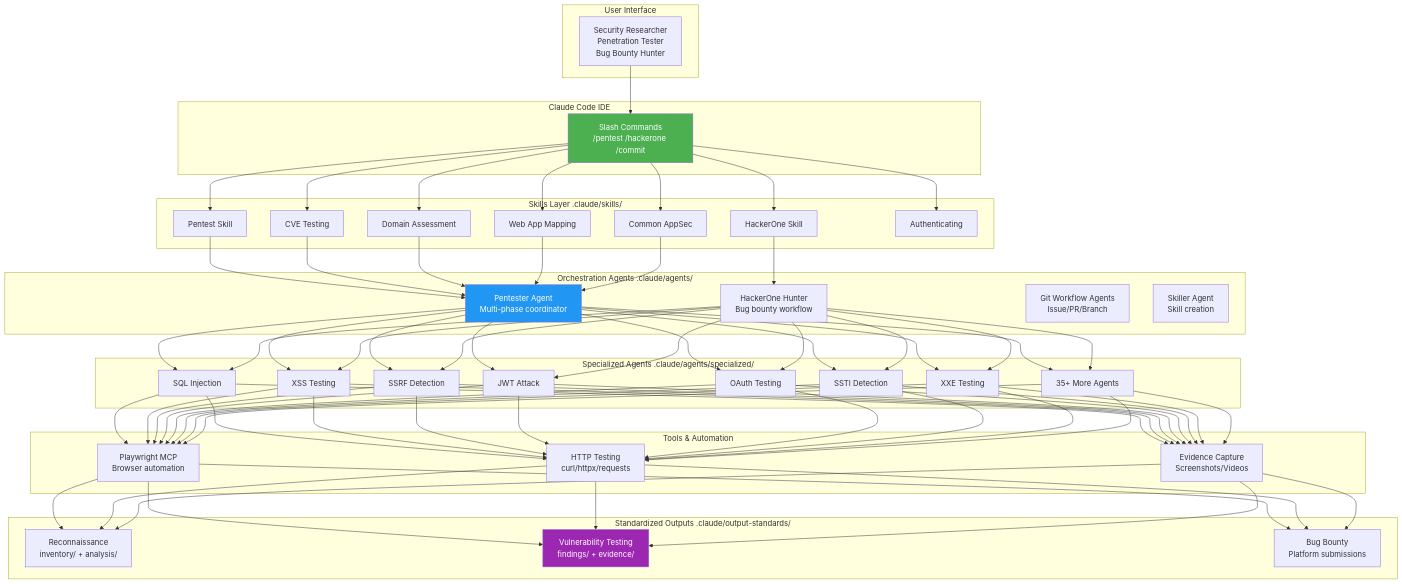
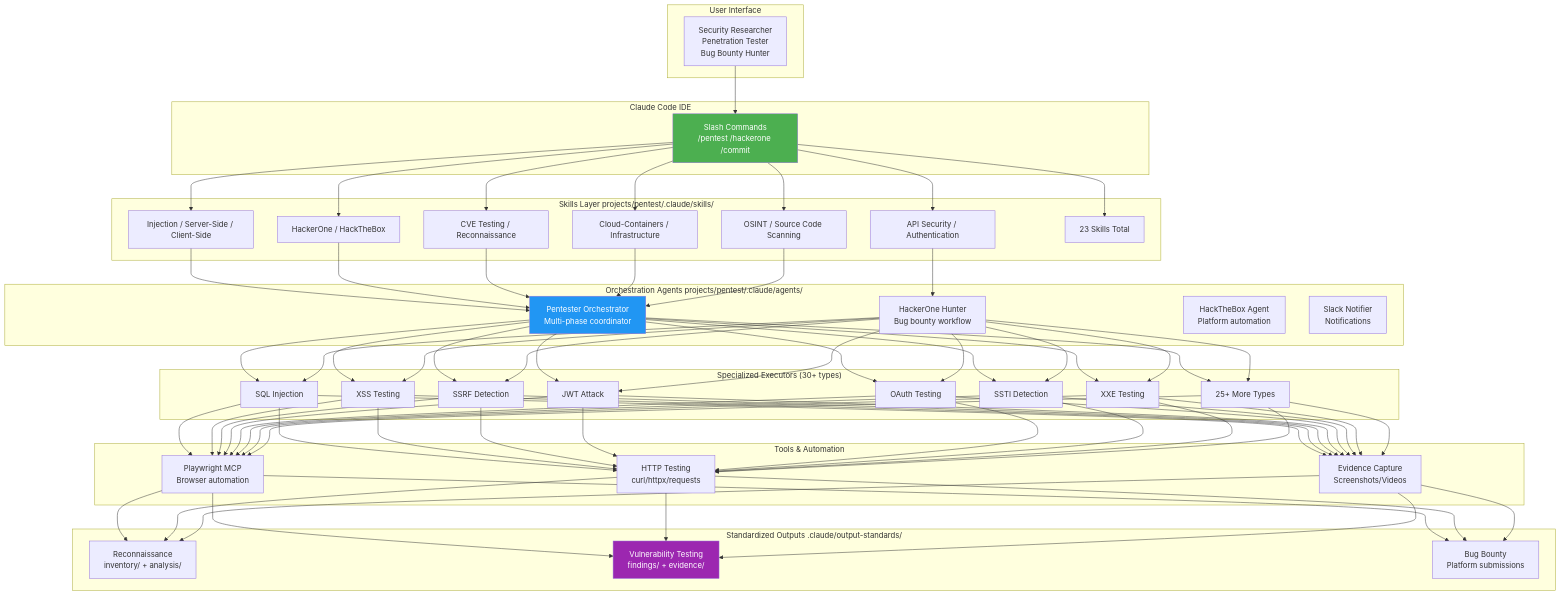
The first of 5 diagrams in README.md (l0h1nth/communitytools), drawn with Mermaid before and after one commit. The commit also changed other lines of this file and 20 other files, not shown here.

````diff
--- a/README.md
+++ b/README.md
@@ -79,63 +79,63 @@
 ```mermaid
 graph TB
     subgraph "User Interface"
         A[Security Researcher<br/>Penetration Tester<br/>Bug Bounty Hunter]
     end
 
     subgraph "Claude Code IDE"
         B[Slash Commands<br/>/pentest /hackerone /commit]
     end
 
-    subgraph "Skills Layer .claude/skills/"
-        C1[Pentest Skill]
-        C2[HackerOne Skill]
-        C3[CVE Testing]
-        C4[Domain Assessment]
-        C5[Web App Mapping]
-        C6[Common AppSec]
-        C7[Authenticating]
+    subgraph "Skills Layer projects/pentest/.claude/skills/"
+        C1[Injection / Server-Side / Client-Side]
+        C2[API Security / Authentication]
+        C3[HackerOne / HackTheBox]
+        C4[CVE Testing / Reconnaissance]
+        C5[Cloud-Containers / Infrastructure]
+        C6[OSINT / Source Code Scanning]
+        C7[23 Skills Total]
     end
 
-    subgraph "Orchestration Agents .claude/agents/"
-        D1[Pentester Agent<br/>Multi-phase coordinator]
+    subgraph "Orchestration Agents projects/pentest/.claude/agents/"
+        D1[Pentester Orchestrator<br/>Multi-phase coordinator]
         D2[HackerOne Hunter<br/>Bug bounty workflow]
-        D3[Git Workflow Agents<br/>Issue/PR/Branch]
-        D4[Skiller Agent<br/>Skill creation]
+        D3[HackTheBox Agent<br/>Platform automation]
+        D4[Slack Notifier<br/>Notifications]
     end
 
-    subgraph "Specialized Agents .claude/agents/specialized/"
+    subgraph "Specialized Executors (30+ types)"
         E1[SQL Injection]
         E2[XSS Testing]
         E3[SSRF Detection]
         E4[JWT Attack]
         E5[OAuth Testing]
         E6[SSTI Detection]
         E7[XXE Testing]
-        E8[35+ More Agents]
+        E8[25+ More Types]
     end
 
     subgraph "Tools & Automation"
         F1[Playwright MCP<br/>Browser automation]
         F2[HTTP Testing<br/>curl/httpx/requests]
         F3[Evidence Capture<br/>Screenshots/Videos]
     end
 
     subgraph "Standardized Outputs .claude/output-standards/"
         G1[Reconnaissance<br/>inventory/ + analysis/]
         G2[Vulnerability Testing<br/>findings/ + evidence/]
         G3[Bug Bounty<br/>Platform submissions]
     end
 
     A --> B
     B --> C1 & C2 & C3 & C4 & C5 & C6 & C7
     C1 --> D1
     C2 --> D2
     C3 & C4 & C5 & C6 --> D1
     D1 & D2 --> E1 & E2 & E3 & E4 & E5 & E6 & E7 & E8
     E1 & E2 & E3 & E4 & E5 & E6 & E7 & E8 --> F1 & F2 & F3
     F1 & F2 & F3 --> G1 & G2 & G3
 
     style B fill:#4CAF50,color:#fff
     style D1 fill:#2196F3,color:#fff
     style G2 fill:#9C27B0,color:#fff
 ```
````
